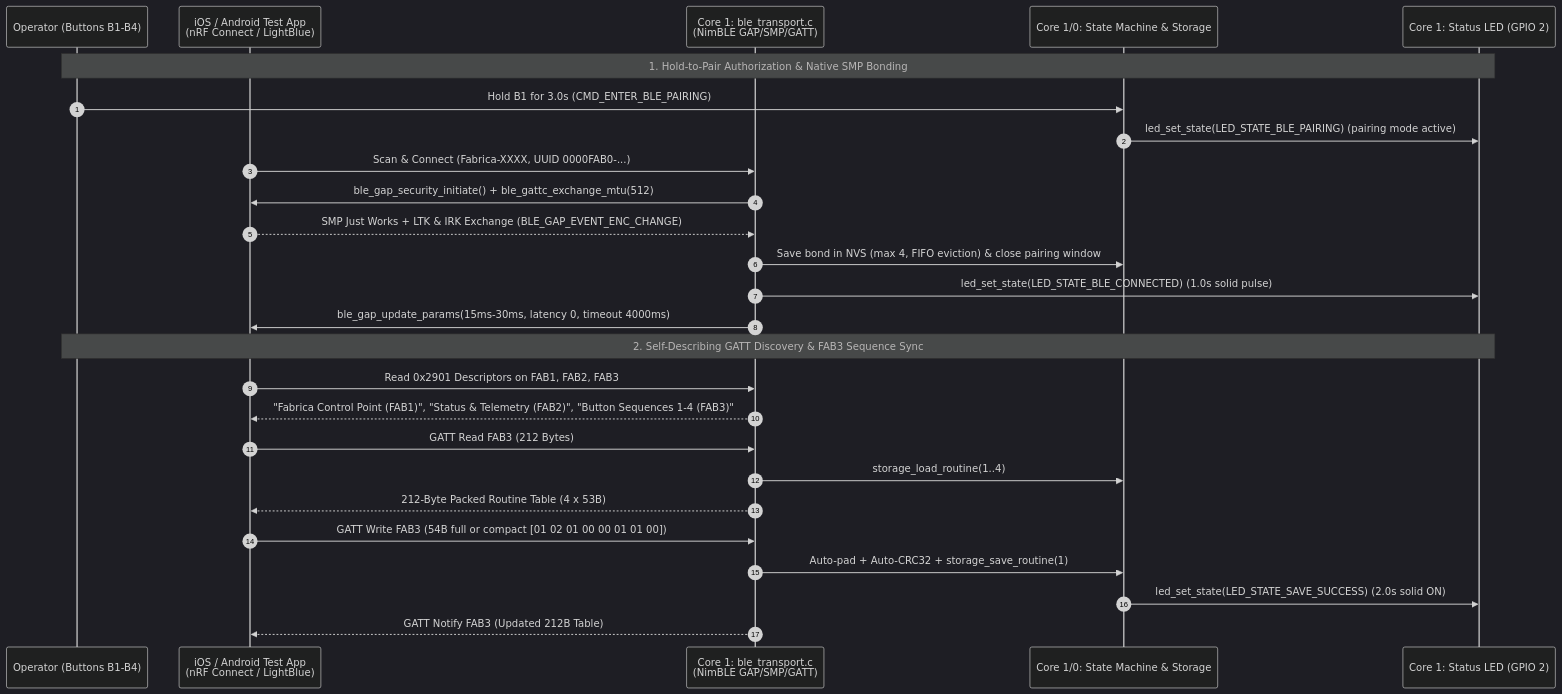
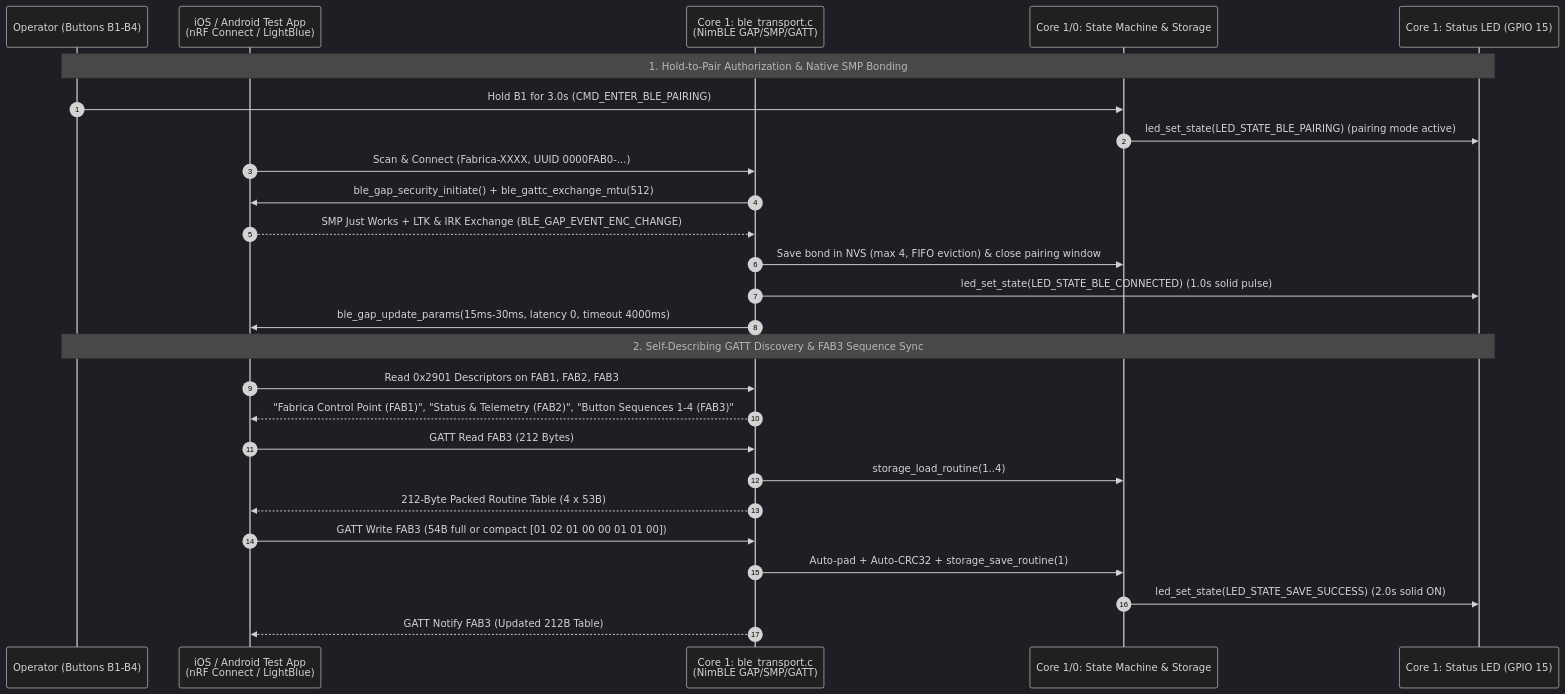
The diagram in firmware/specs/2026-11-06-phase-8-nimble-gatt-server/requirements.md (aiandrobotics/fabrica), drawn with Mermaid (dark theme) before and after one commit. The commit also changed other lines of this file and 51 other files, not shown here.

Commit message:
Migrate to ESP32-S3-DevKitC-1 zero-crossover pinout, update circuit diagrams, and optimize fold timing (800ms/400ms/10ms)

````diff
--- a/firmware/specs/2026-11-06-phase-8-nimble-gatt-server/requirements.md
+++ b/firmware/specs/2026-11-06-phase-8-nimble-gatt-server/requirements.md
@@ -91,30 +91,30 @@
 ```mermaid
 sequenceDiagram
     autonumber
     participant Operator as Operator (Buttons B1-B4)
     participant Central as iOS / Android Test App<br/>(nRF Connect / LightBlue)
     participant BLE as Core 1: ble_transport.c<br/>(NimBLE GAP/SMP/GATT)
     participant SM as Core 1/0: State Machine & Storage
-    participant LED as Core 1: Status LED (GPIO 2)
+    participant LED as Core 1: Status LED (GPIO 15)
 
     Note over Operator,LED: 1. Hold-to-Pair Authorization & Native SMP Bonding
     Operator->>SM: Hold B1 for 3.0s (CMD_ENTER_BLE_PAIRING)
     SM->>LED: led_set_state(LED_STATE_BLE_PAIRING) (pairing mode active)
     Central->>BLE: Scan & Connect (Fabrica-XXXX, UUID 0000FAB0-...)
     BLE->>Central: ble_gap_security_initiate() + ble_gattc_exchange_mtu(512)
     Central-->>BLE: SMP Just Works + LTK & IRK Exchange (BLE_GAP_EVENT_ENC_CHANGE)
     BLE->>SM: Save bond in NVS (max 4, FIFO eviction) & close pairing window
     BLE->>LED: led_set_state(LED_STATE_BLE_CONNECTED) (1.0s solid pulse)
     BLE->>Central: ble_gap_update_params(15ms-30ms, latency 0, timeout 4000ms)
 
     Note over Operator,LED: 2. Self-Describing GATT Discovery & FAB3 Sequence Sync
     Central->>BLE: Read 0x2901 Descriptors on FAB1, FAB2, FAB3
     BLE-->>Central: "Fabrica Control Point (FAB1)", "Status & Telemetry (FAB2)", "Button Sequences 1-4 (FAB3)"
     Central->>BLE: GATT Read FAB3 (212 Bytes)
     BLE->>SM: storage_load_routine(1..4)
     BLE-->>Central: 212-Byte Packed Routine Table (4 x 53B)
     Central->>BLE: GATT Write FAB3 (54B full or compact [01 02 01 00 00 01 01 00])
     BLE->>SM: Auto-pad + Auto-CRC32 + storage_save_routine(1)
     SM->>LED: led_set_state(LED_STATE_SAVE_SUCCESS) (2.0s solid ON)
     BLE-->>Central: GATT Notify FAB3 (Updated 212B Table)
 ```
````
